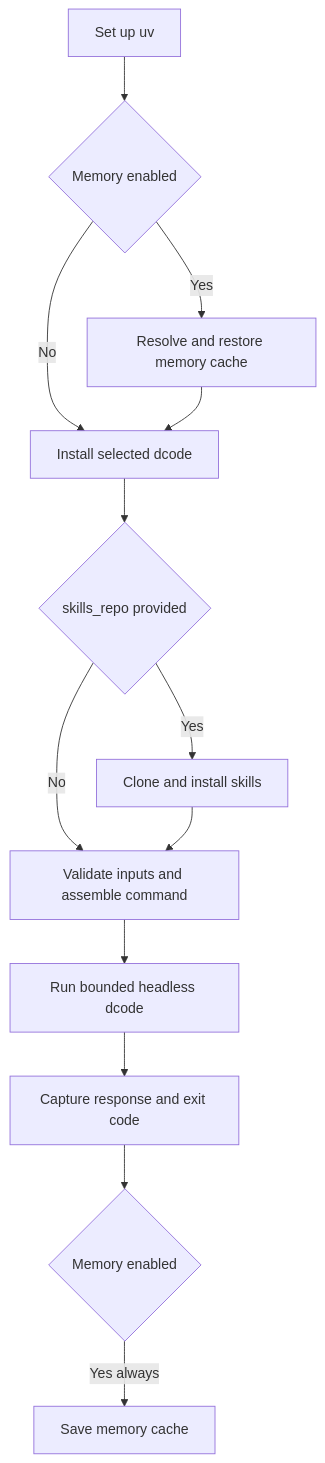
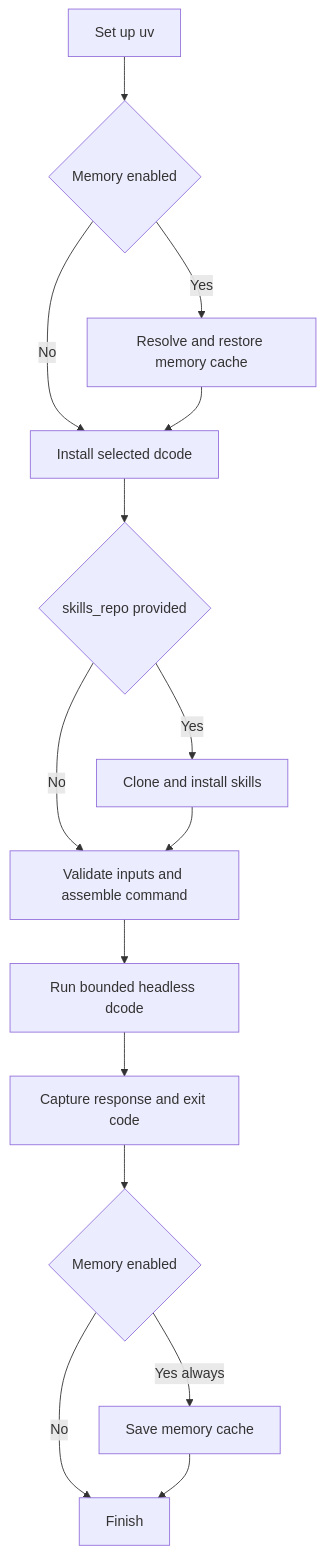
The diagram in openwiki/integrations/github-action.md (langchain-ai/deepagents), drawn with Mermaid before and after one commit. The commit also changed other lines of this file and 22 other files, not shown here.

````diff
--- a/openwiki/integrations/github-action.md
+++ b/openwiki/integrations/github-action.md
@@ -71,15 +71,17 @@
 ```mermaid
 flowchart TD
     Setup["Set up uv"] --> Memory{"Memory enabled"}
     Memory -->|"Yes"| Restore["Resolve and restore memory cache"]
     Memory -->|"No"| Install["Install selected dcode"]
     Restore --> Install
     Install --> Skills{"skills_repo provided"}
     Skills -->|"Yes"| Clone["Clone and install skills"]
     Skills -->|"No"| Build["Validate inputs and assemble command"]
     Clone --> Build
     Build --> Execute["Run bounded headless dcode"]
     Execute --> Publish["Capture response and exit code"]
     Publish --> Save{"Memory enabled"}
     Save -->|"Yes always"| Persist["Save memory cache"]
+    Save -->|"No"| Finish["Finish"]
+    Persist --> Finish
 ```
````
